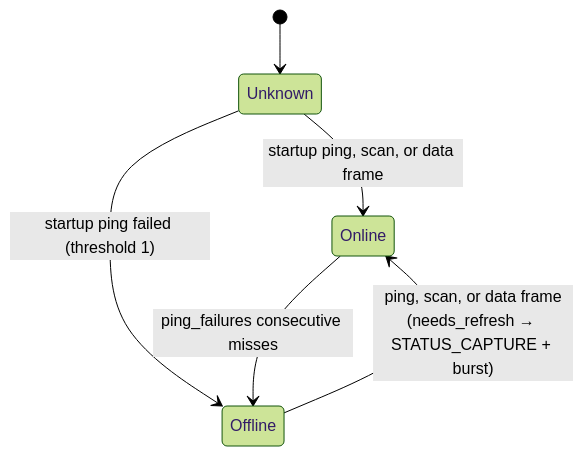
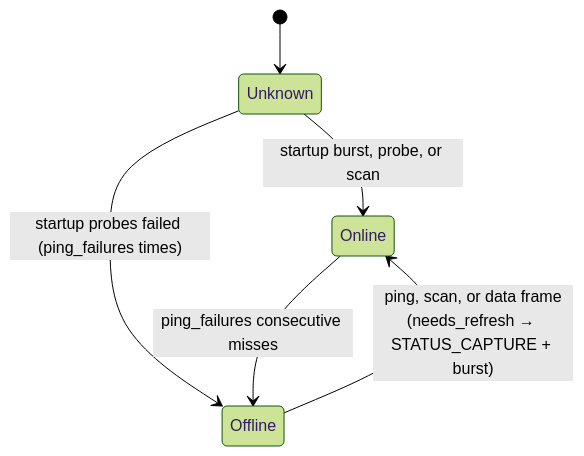
Before and after one commit to GeorgeH87/hubus: diagram 13 of 15 in docs/ARCHITECTURE.md, drawn with Mermaid (forest theme). The commit also changed other lines of this file and 5 other files, not shown here.

````diff
--- a/docs/ARCHITECTURE.md
+++ b/docs/ARCHITECTURE.md
@@ -384,8 +384,8 @@
 ```mermaid
 stateDiagram-v2
     [*] --> Unknown
-    Unknown --> Online: startup ping, scan, or data frame
-    Unknown --> Offline: startup ping failed (threshold 1)
+    Unknown --> Online: startup burst, probe, or scan
+    Unknown --> Offline: startup probes failed (ping_failures times)
     Online --> Offline: ping_failures consecutive misses
     Offline --> Online: ping, scan, or data frame<br/>(needs_refresh → STATUS_CAPTURE + burst)
 ```
````
